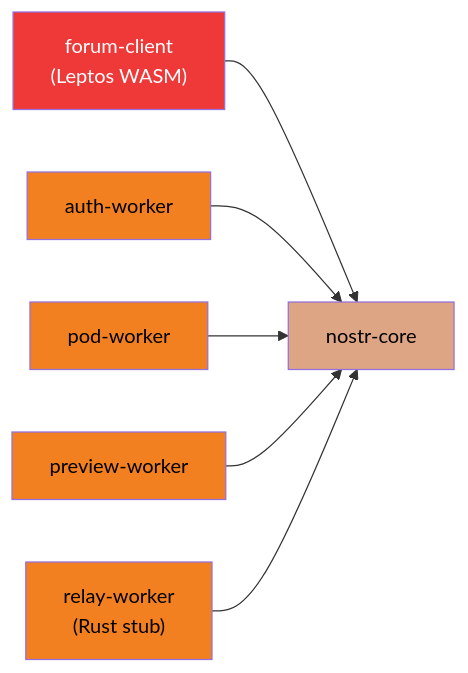
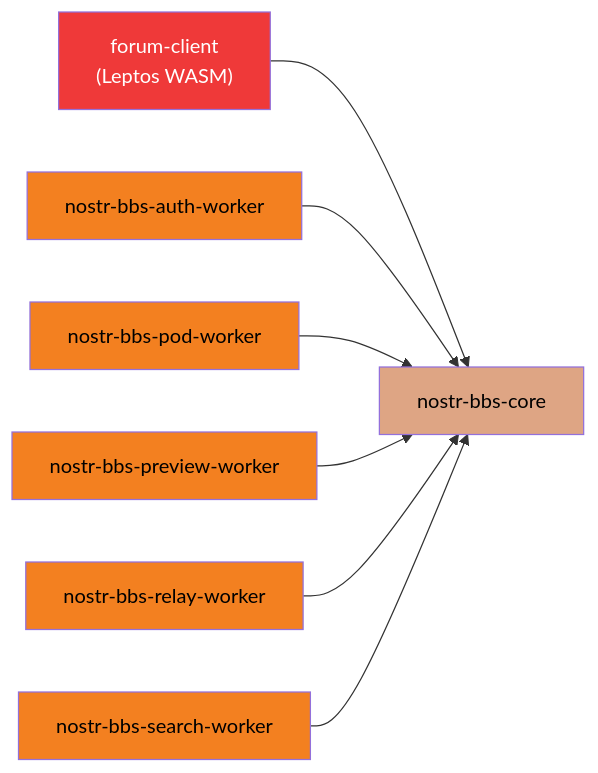
One commit to DreamLab-AI/dreamlab-ai-website changed the seventh of 7 diagrams in docs/README.md. Above: the diagram before and after it, drawn with Mermaid. The commit also changed other lines of this file and 4 other files, not shown here.

````diff
--- a/docs/README.md
+++ b/docs/README.md
@@ -351,22 +357,25 @@
 ```mermaid
 graph LR
-    CORE["nostr-core"]
+    CORE["nostr-bbs-core"]
     CLIENT["forum-client<br/>(Leptos WASM)"]
-    AUTH["auth-worker"]
-    POD["pod-worker"]
-    PREVIEW["preview-worker"]
-    RELAY_STUB["relay-worker<br/>(Rust stub)"]
+    AUTH["nostr-bbs-auth-worker"]
+    POD["nostr-bbs-pod-worker"]
+    PREVIEW["nostr-bbs-preview-worker"]
+    RELAY["nostr-bbs-relay-worker"]
+    SEARCH["nostr-bbs-search-worker"]
 
     CLIENT --> CORE
     AUTH --> CORE
     POD --> CORE
     PREVIEW --> CORE
-    RELAY_STUB --> CORE
+    RELAY --> CORE
+    SEARCH --> CORE
 
     style CORE fill:#dea584,color:#000
     style CLIENT fill:#ef3939,color:#fff
     style AUTH fill:#F38020,color:#000
     style POD fill:#F38020,color:#000
     style PREVIEW fill:#F38020,color:#000
-    style RELAY_STUB fill:#F38020,color:#000
+    style RELAY fill:#F38020,color:#000
+    style SEARCH fill:#F38020,color:#000
 ```
````
